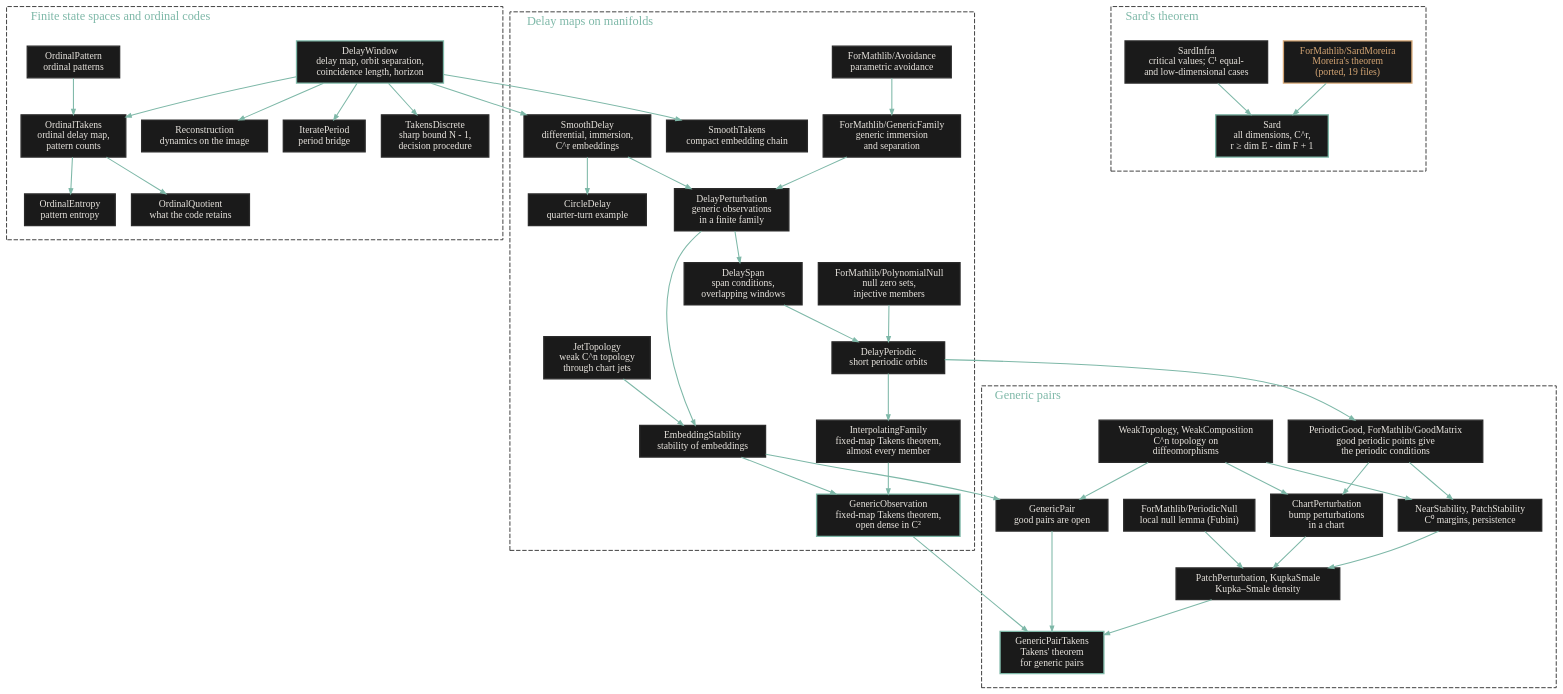
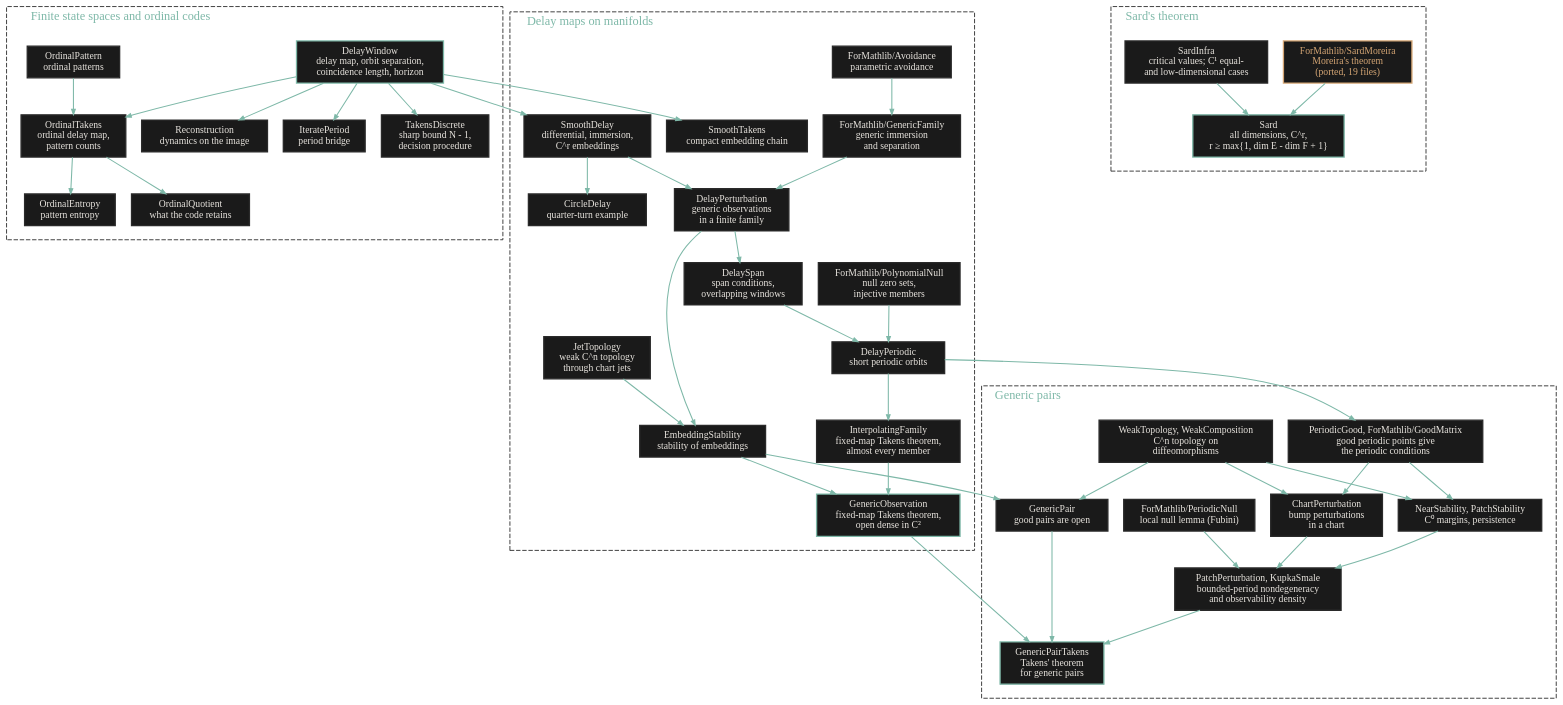
The diagram in docs/assets/proof-architecture.dot (Project-Navi/takens-formalization), drawn with Graphviz before and after one commit. The commit also changed 14 other files, not shown here.

```diff
--- a/docs/assets/proof-architecture.dot
+++ b/docs/assets/proof-architecture.dot
@@ -1,136 +1,136 @@
 digraph proof_architecture {
   rankdir=TB
   bgcolor="transparent"
   newrank=true
   node [fontname="DM Sans" fontsize=11 style=filled fillcolor="#1a1a1a"
         fontcolor="#e8e4de" color="#2a2a2a" shape=box margin="0.15,0.08"
         penwidth=1.5]
   edge [color="#7eb8a8" arrowsize=0.6 penwidth=1.2]
 
   subgraph cluster_finite {
     label="Finite state spaces and ordinal codes"
     labeljust=l
     fontname="Fraunces"
     fontsize=14
     fontcolor="#7eb8a8"
     color="#2a2a2a"
     style=dashed
     margin=16
 
     DelayWindow [label="DelayWindow\ndelay map, orbit separation,\ncoincidence length, horizon"
                  color="#7eb8a8"]
     IteratePeriod [label="IteratePeriod\nperiod bridge"]
     TakensDiscrete [label="TakensDiscrete\nsharp bound N - 1,\ndecision procedure"]
     Reconstruction [label="Reconstruction\ndynamics on the image"]
     OrdinalPattern [label="OrdinalPattern\nordinal patterns"]
     OrdinalTakens [label="OrdinalTakens\nordinal delay map,\npattern counts"]
     OrdinalEntropy [label="OrdinalEntropy\npattern entropy"]
     OrdinalQuotient [label="OrdinalQuotient\nwhat the code retains"]
   }
 
   subgraph cluster_sard {
     label="Sard's theorem"
     labeljust=l
     fontname="Fraunces"
     fontsize=14
     fontcolor="#7eb8a8"
     color="#2a2a2a"
     style=dashed
     margin=16
 
     SardInfra [label="SardInfra\ncritical values; C¹ equal-\nand low-dimensional cases"]
     SardMoreira [label="ForMathlib/SardMoreira\nMoreira's theorem\n(ported, 19 files)"
                  color="#d4a574" fontcolor="#d4a574"]
-    Sard [label="Sard\nall dimensions, C^r,\nr ≥ dim E - dim F + 1"
+    Sard [label="Sard\nall dimensions, C^r,\nr ≥ max{1, dim E - dim F + 1}"
           color="#7eb8a8"]
   }
 
   subgraph cluster_smooth {
     label="Delay maps on manifolds"
     labeljust=l
     fontname="Fraunces"
     fontsize=14
     fontcolor="#7eb8a8"
     color="#2a2a2a"
     style=dashed
     margin=16
 
     SmoothTakens [label="SmoothTakens\ncompact embedding chain"]
     SmoothDelay [label="SmoothDelay\ndifferential, immersion,\nC^r embeddings"]
     CircleDelay [label="CircleDelay\nquarter-turn example"]
     Avoidance [label="ForMathlib/Avoidance\nparametric avoidance"]
     GenericFamily [label="ForMathlib/GenericFamily\ngeneric immersion\nand separation"]
     DelayPerturbation [label="DelayPerturbation\ngeneric observations\nin a finite family"]
     DelaySpan [label="DelaySpan\nspan conditions,\noverlapping windows"]
     PolynomialNull [label="ForMathlib/PolynomialNull\nnull zero sets,\ninjective members"]
     DelayPeriodic [label="DelayPeriodic\nshort periodic orbits"]
     InterpolatingFamily [label="InterpolatingFamily\nfixed-map Takens theorem,\nalmost every member"]
     JetTopology [label="JetTopology\nweak C^n topology\nthrough chart jets"]
     EmbeddingStability [label="EmbeddingStability\nstability of embeddings"]
     GenericObservation [label="GenericObservation\nfixed-map Takens theorem,\nopen dense in C²"
                         color="#7eb8a8"]
   }
 
   subgraph cluster_pairs {
     label="Generic pairs"
     labeljust=l
     fontname="Fraunces"
     fontsize=14
     fontcolor="#7eb8a8"
     color="#2a2a2a"
     style=dashed
     margin=16
 
     WeakTopology [label="WeakTopology, WeakComposition\nC^n topology on\ndiffeomorphisms"]
     GenericPair [label="GenericPair\ngood pairs are open"]
     PeriodicGood [label="PeriodicGood, ForMathlib/GoodMatrix\ngood periodic points give\nthe periodic conditions"]
     PeriodicNull [label="ForMathlib/PeriodicNull\nlocal null lemma (Fubini)"]
     ChartPerturbation [label="ChartPerturbation\nbump perturbations\nin a chart"]
     PatchStability [label="NearStability, PatchStability\nC⁰ margins, persistence"]
-    KupkaSmale [label="PatchPerturbation, KupkaSmale\nKupka–Smale density"]
+    KupkaSmale [label="PatchPerturbation, KupkaSmale\nbounded-period nondegeneracy\nand observability density"]
     GenericPairTakens [label="GenericPairTakens\nTakens' theorem\nfor generic pairs"
                        color="#7eb8a8"]
   }
 
   DelayWindow -> IteratePeriod
   DelayWindow -> TakensDiscrete
   DelayWindow -> Reconstruction
   DelayWindow -> OrdinalTakens
   OrdinalPattern -> OrdinalTakens
   OrdinalTakens -> OrdinalEntropy
   OrdinalTakens -> OrdinalQuotient
 
   SardInfra -> Sard
   SardMoreira -> Sard
 
   DelayWindow -> SmoothTakens
   DelayWindow -> SmoothDelay
   SmoothDelay -> CircleDelay
   SmoothDelay -> DelayPerturbation
   Avoidance -> GenericFamily
   GenericFamily -> DelayPerturbation
   DelayPerturbation -> DelaySpan
   DelaySpan -> DelayPeriodic
   PolynomialNull -> DelayPeriodic
   DelayPeriodic -> InterpolatingFamily
   DelayPerturbation -> EmbeddingStability
   JetTopology -> EmbeddingStability
   EmbeddingStability -> GenericObservation
   InterpolatingFamily -> GenericObservation
   EmbeddingStability -> GenericPair
   WeakTopology -> GenericPair
   WeakTopology -> ChartPerturbation
   WeakTopology -> PatchStability
   DelayPeriodic -> PeriodicGood
   PeriodicGood -> PatchStability
   PeriodicGood -> ChartPerturbation
   PeriodicNull -> KupkaSmale
   ChartPerturbation -> KupkaSmale
   PatchStability -> KupkaSmale
   KupkaSmale -> GenericPairTakens
   GenericPair -> GenericPairTakens
   GenericObservation -> GenericPairTakens
 
   { rank=same; IteratePeriod; TakensDiscrete; Reconstruction; OrdinalTakens; SmoothTakens;
     SmoothDelay; GenericFamily; Sard }
 }
```
